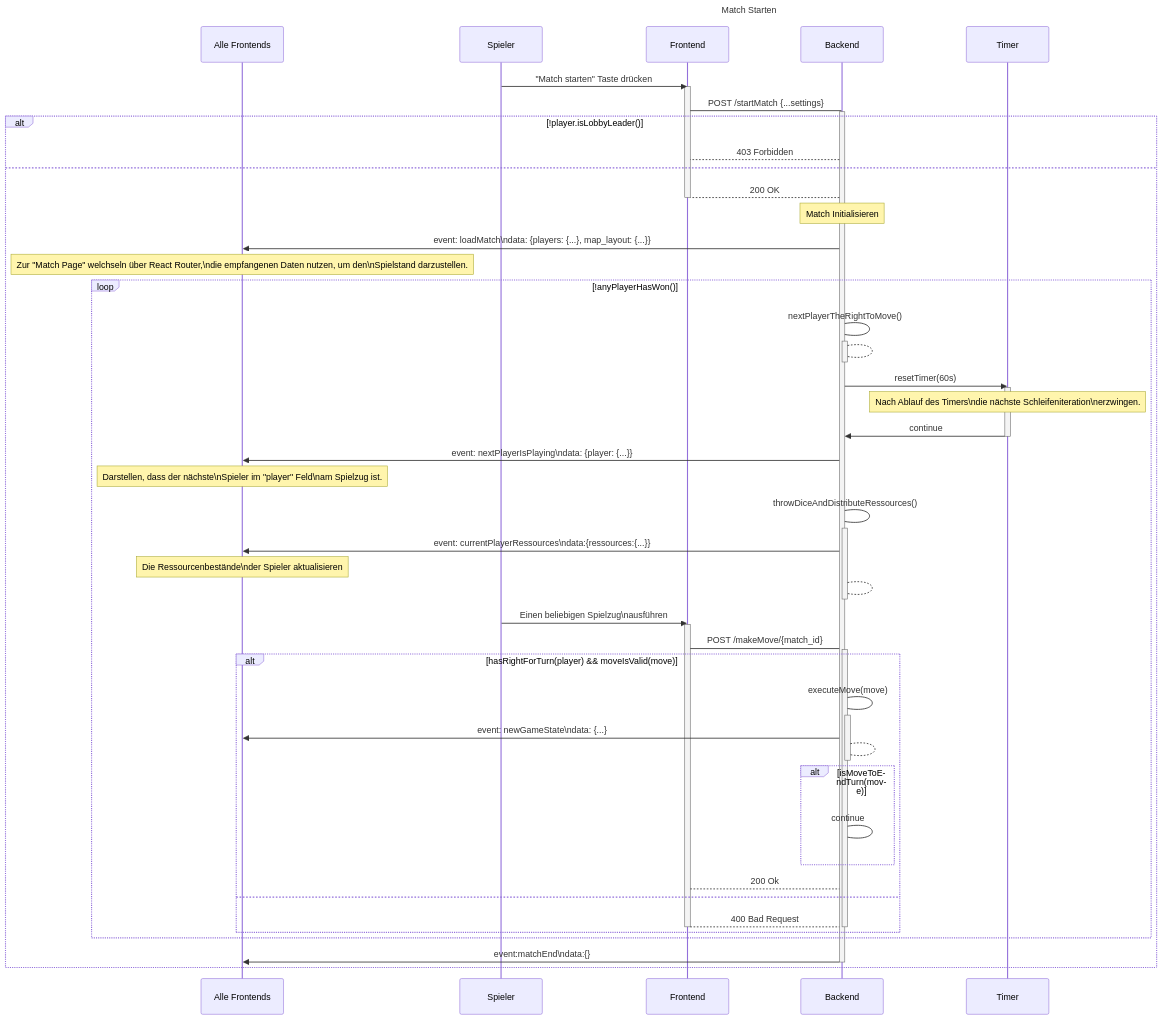
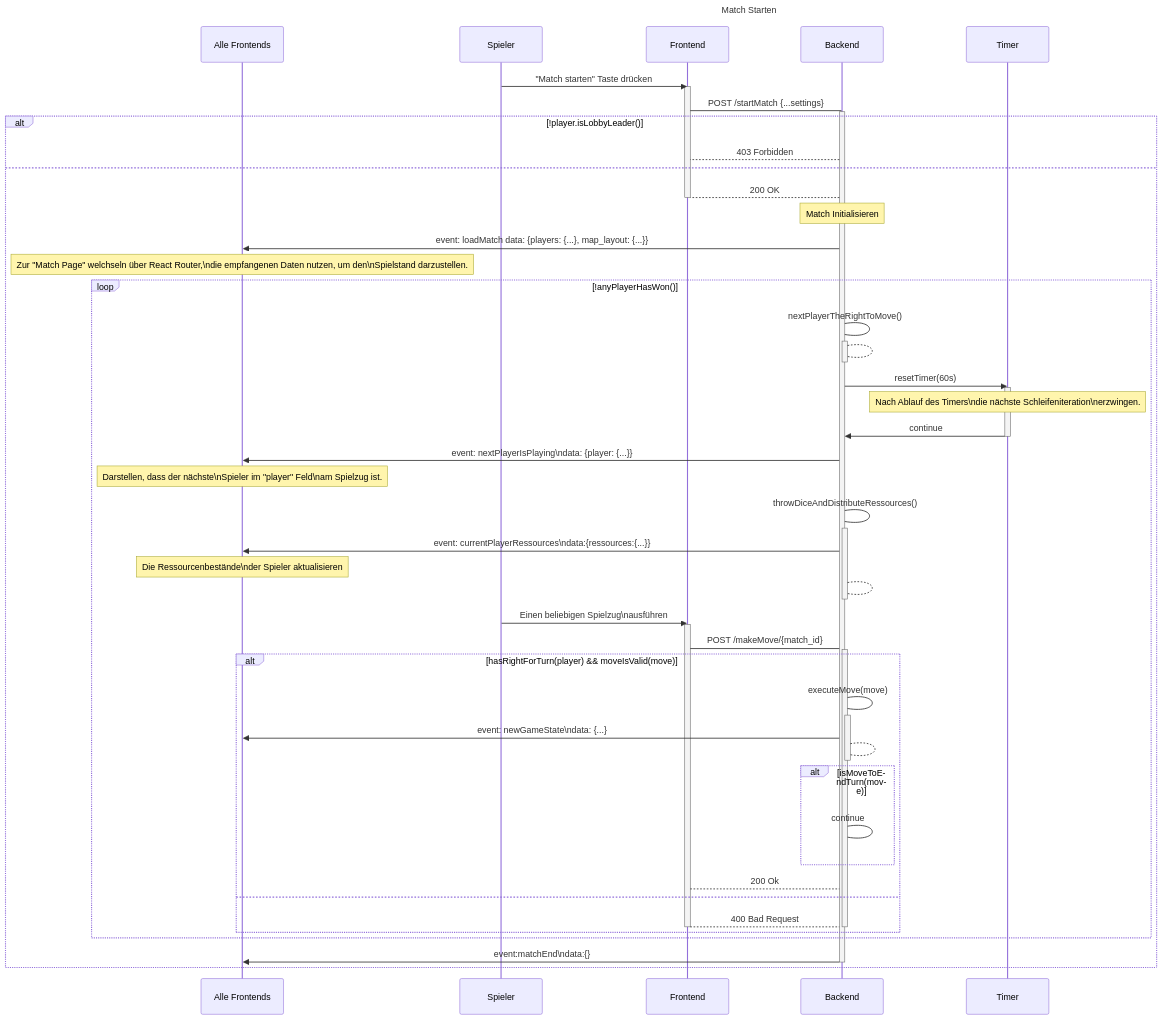
Before and after one commit to Hexfields-Studio/HexfieldsDominion-Artefacts: the diagram in srs/game/match_starten/match_starten.md, drawn with Mermaid. The commit also changed other lines of this file, not shown here.

````diff
--- a/srs/game/match_starten/match_starten.md
+++ b/srs/game/match_starten/match_starten.md
@@ -25,67 +25,67 @@
 ```mermaid
 sequenceDiagram
 title Match Starten
 
 participant Alle Frontends
 participant Spieler
 participant Frontend
 participant Backend
 participant Timer
 
 
 Spieler->>Frontend:"Match starten" Taste drücken
 activate Frontend
   Frontend->Backend: POST /startMatch {...settings}
   activate Backend
     alt !player.isLobbyLeader()
       Backend-->Frontend: 403 Forbidden
     else
       Backend-->Frontend: 200 OK
       deactivate Frontend
       note over Backend:Match Initialisieren
-      Backend->>Alle Frontends: event: loadMatch\ndata: {players: {...}, map_layout: {...}}
+      Backend->>Alle Frontends: event: loadMatch data: {players: {...}, map_layout: {...}}
         note over Alle Frontends:Zur "Match Page" welchseln über React Router,\ndie empfangenen Daten nutzen, um den\nSpielstand darzustellen.
       loop !anyPlayerHasWon()
         Backend->Backend: nextPlayerTheRightToMove()
         activate Backend
           Backend-->Backend:
         deactivate Backend
         Backend->>Timer: resetTimer(60s)
         activate Timer
           note over Timer: Nach Ablauf des Timers\ndie nächste Schleifeniteration\nerzwingen.
           Timer->>Backend: continue
         deactivate Timer
         Backend ->> Alle Frontends: event: nextPlayerIsPlaying\ndata: {player: {...}}
         note over Alle Frontends: Darstellen, dass der nächste\nSpieler im "player" Feld\nam Spielzug ist.
         Backend->Backend: throwDiceAndDistributeRessources()
         activate Backend
           Backend ->> Alle Frontends: event: currentPlayerRessources\ndata:{ressources:{...}}
           note over Alle Frontends:Die Ressourcenbestände\nder Spieler aktualisieren
           Backend --> Backend:
         deactivate Backend
         
         Spieler ->> Frontend: Einen beliebigen Spielzug\nausführen
         activate Frontend
           Frontend->Backend: POST /makeMove/{match_id}
           activate Backend
             alt hasRightForTurn(player) && moveIsValid(move)
               Backend->Backend: executeMove(move)
               activate Backend
                 Backend ->> Alle Frontends: event: newGameState\ndata: {...}
                 Backend-->Backend:
                 
               deactivate Backend
               alt isMoveToEndTurn(move)
                 Backend->Backend: continue
               end
               Frontend-->Backend: 200 Ok
             else
               Frontend-->Backend: 400 Bad Request
               deactivate Backend
               deactivate Frontend
             end
       end
       Backend->>Alle Frontends: event:matchEnd\ndata:{}
       deactivate Backend
     end
 ```
````
